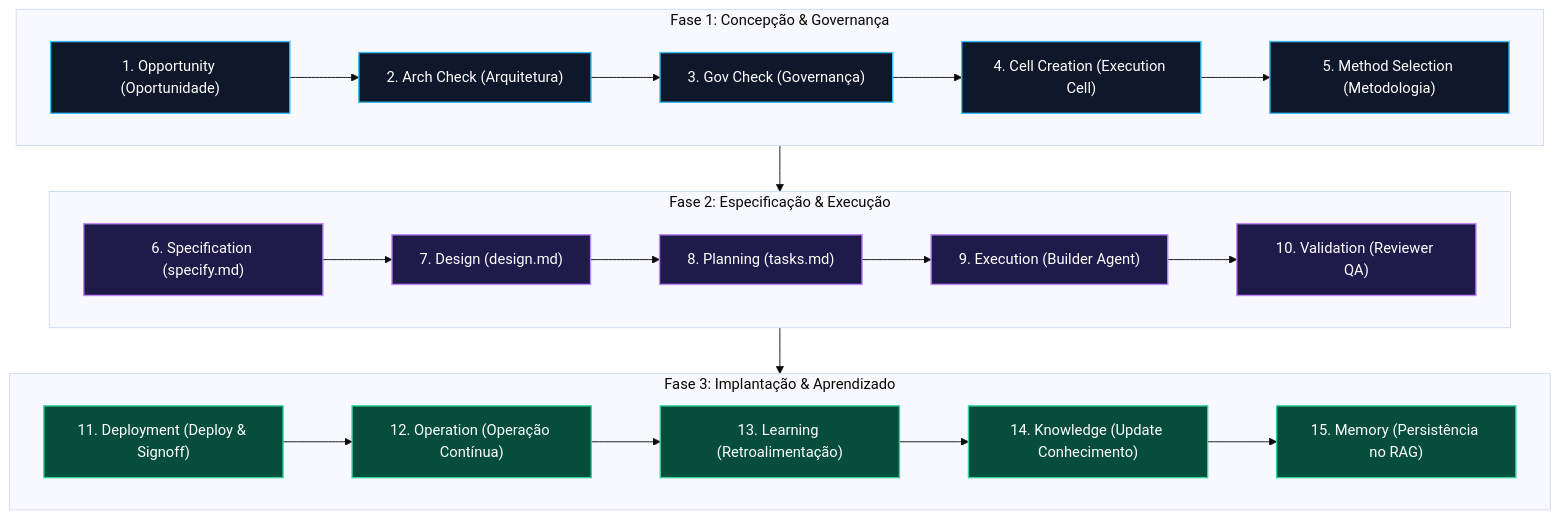
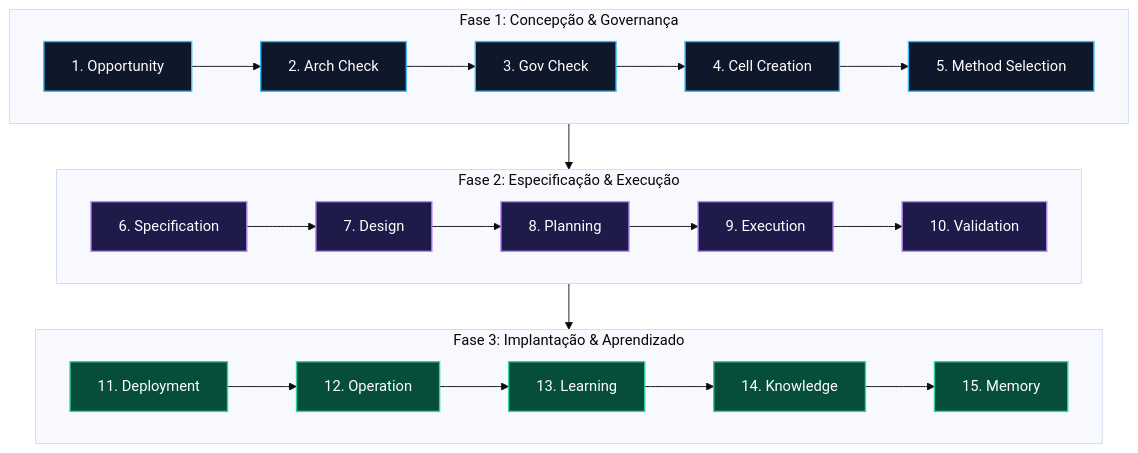
One commit to EnterDufter/PromptCoreLabs_AEOS changed the fifth of 5 diagrams in governance/operating-model.md. Above: the diagram before and after it, drawn with Mermaid (base theme). The commit also changed other lines of this file, not shown here.

````diff
--- a/governance/operating-model.md
+++ b/governance/operating-model.md
@@ -340,35 +335,23 @@
 ```mermaid
 graph TD
     classDef phase1 fill:#0f172a,stroke:#38bdf8,stroke-width:1.5px,color:#fff;
     classDef phase2 fill:#1e1b4b,stroke:#c084fc,stroke-width:1.5px,color:#fff;
     classDef phase3 fill:#064e3b,stroke:#34d399,stroke-width:1.5px,color:#fff;
 
     subgraph P1["Fase 1: Concepção & Governança"]
-        O["1. Opportunity (Oportunidade)"]:::phase1
-        AC["2. Arch Check (Arquitetura)"]:::phase1
-        GC["3. Gov Check (Governança)"]:::phase1
-        ECC["4. Cell Creation (Execution Cell)"]:::phase1
-        MS["5. Method Selection (Metodologia)"]:::phase1
-        O --> AC --> GC --> ECC --> MS
+        direction LR
+        O["1. Opportunity"]:::phase1 --> AC["2. Arch Check"]:::phase1 --> GC["3. Gov Check"]:::phase1 --> ECC["4. Cell Creation"]:::phase1 --> MS["5. Method Selection"]:::phase1
     end
 
     subgraph P2["Fase 2: Especificação & Execução"]
-        SP["6. Specification (specify.md)"]:::phase2
-        DS["7. Design (design.md)"]:::phase2
-        PL["8. Planning (tasks.md)"]:::phase2
-        EX["9. Execution (Builder Agent)"]:::phase2
-        VA["10. Validation (Reviewer QA)"]:::phase2
-        SP --> DS --> PL --> EX --> VA
+        direction LR
+        SP["6. Specification"]:::phase2 --> DS["7. Design"]:::phase2 --> PL["8. Planning"]:::phase2 --> EX["9. Execution"]:::phase2 --> VA["10. Validation"]:::phase2
     end
 
     subgraph P3["Fase 3: Implantação & Aprendizado"]
-        DP["11. Deployment (Deploy & Signoff)"]:::phase3
-        OP["12. Operation (Operação Contínua)"]:::phase3
-        LE["13. Learning (Retroalimentação)"]:::phase3
-        KU["14. Knowledge (Update Conhecimento)"]:::phase3
-        MU["15. Memory (Persistência no RAG)"]:::phase3
-        DP --> OP --> LE --> KU --> MU
+        direction LR
+        DP["11. Deployment"]:::phase3 --> OP["12. Operation"]:::phase3 --> LE["13. Learning"]:::phase3 --> KU["14. Knowledge"]:::phase3 --> MU["15. Memory"]:::phase3
     end
 
     P1 --> P2 --> P3
 ```
````
